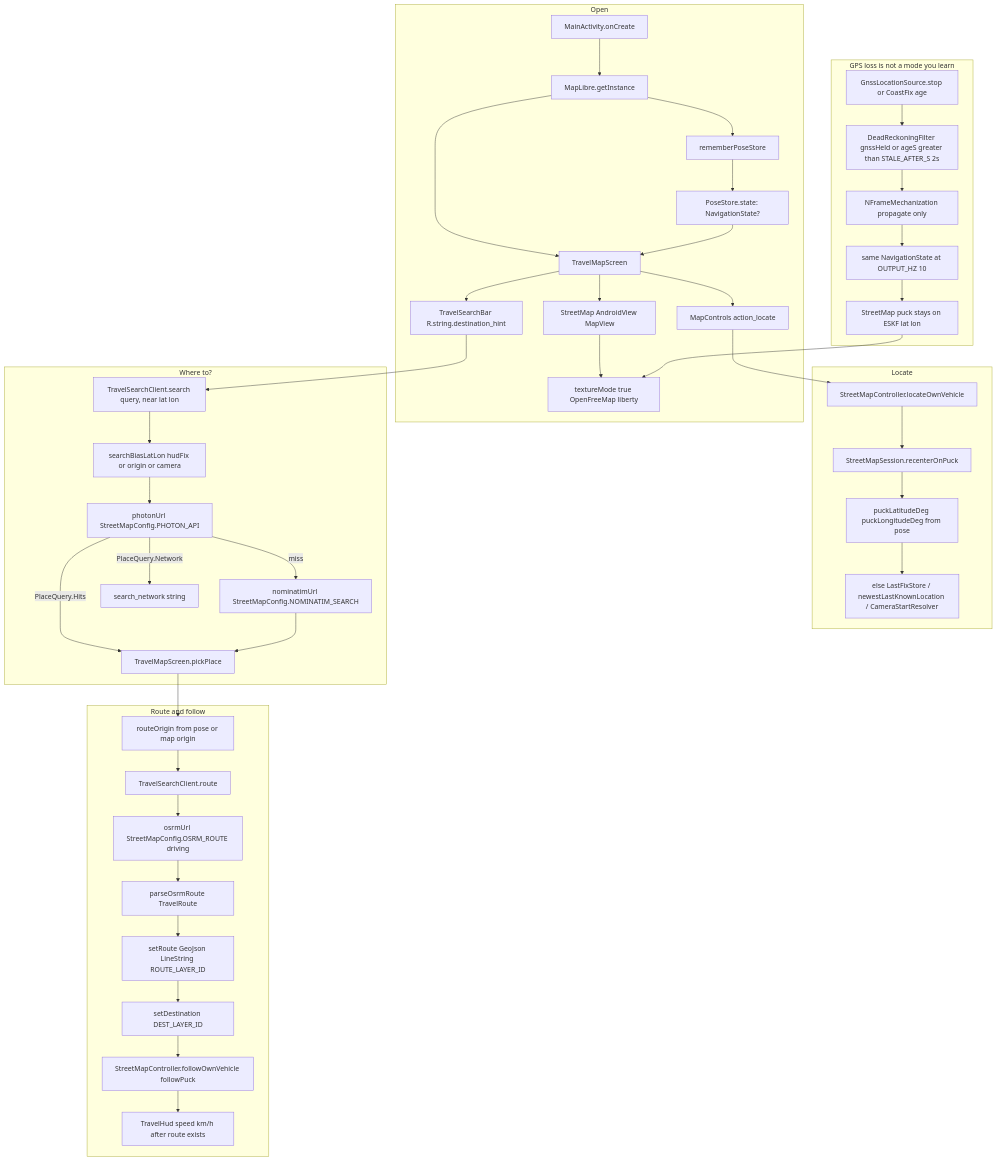
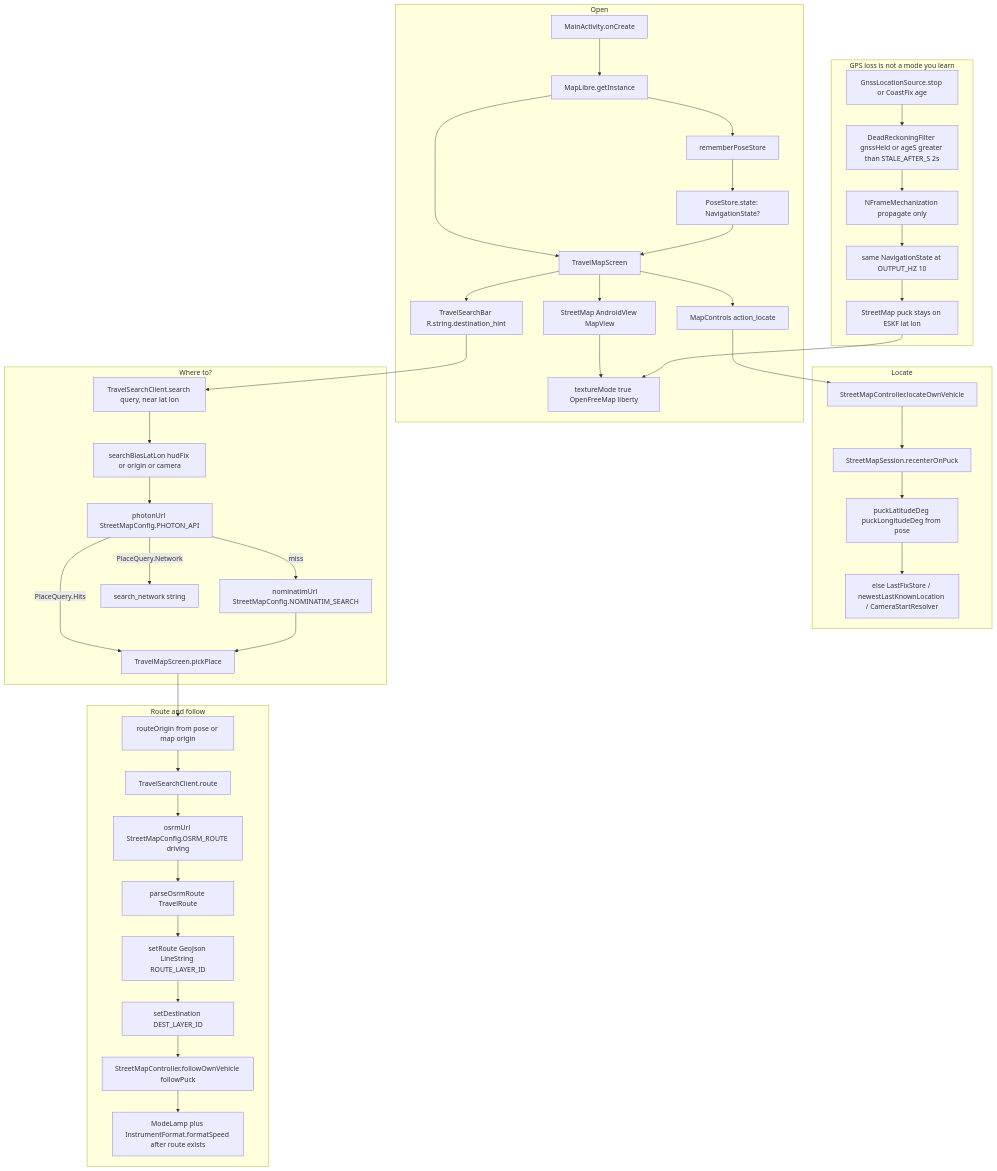
Before and after one commit to NotDrake100/driftzero: the first of 2 diagrams in README.md, drawn with Mermaid. The commit also changed other lines of this file and 134 other files, not shown here.

````diff
--- a/README.md
+++ b/README.md
@@ -15,50 +96,50 @@
 ```mermaid
 flowchart TD
     subgraph launch [Open]
         A["MainActivity.onCreate"] --> B["MapLibre.getInstance"]
         B --> C["rememberPoseStore"]
         B --> D["TravelMapScreen"]
         C --> E["PoseStore.state: NavigationState?"]
         E --> D
         D --> F["StreetMap AndroidView MapView"]
         F --> G["textureMode true OpenFreeMap liberty"]
         D --> H["TravelSearchBar R.string.destination_hint"]
         D --> I["MapControls action_locate"]
     end
 
     subgraph locate [Locate]
         I --> J["StreetMapController.locateOwnVehicle"]
         J --> K["StreetMapSession.recenterOnPuck"]
         K --> L["puckLatitudeDeg puckLongitudeDeg from pose"]
         L --> M["else LastFixStore / newestLastKnownLocation / CameraStartResolver"]
     end
 
     subgraph search [Where to?]
         H --> N["TravelSearchClient.search query, near lat lon"]
         N --> O["searchBiasLatLon hudFix or origin or camera"]
         O --> P["photonUrl StreetMapConfig.PHOTON_API"]
         P -->|PlaceQuery.Hits| Q["TravelMapScreen.pickPlace"]
         P -->|miss| R["nominatimUrl StreetMapConfig.NOMINATIM_SEARCH"]
         R --> Q
         P -->|PlaceQuery.Network| S["search_network string"]
     end
 
     subgraph route [Route and follow]
         Q --> T["routeOrigin from pose or map origin"]
         T --> U["TravelSearchClient.route"]
         U --> V["osrmUrl StreetMapConfig.OSRM_ROUTE driving"]
         V --> W["parseOsrmRoute TravelRoute"]
         W --> X["setRoute GeoJson LineString ROUTE_LAYER_ID"]
         X --> Y["setDestination DEST_LAYER_ID"]
         Y --> Z["StreetMapController.followOwnVehicle followPuck"]
-        Z --> AA["TravelHud speed km/h after route exists"]
+        Z --> AA["ModeLamp plus InstrumentFormat.formatSpeed after route exists"]
     end
 
     subgraph coast [GPS loss is not a mode you learn]
         AB["GnssLocationSource.stop or CoastFix age"] --> AC["DeadReckoningFilter gnssHeld or ageS greater than STALE_AFTER_S 2s"]
         AC --> AD["NFrameMechanization propagate only"]
         AD --> AE["same NavigationState at OUTPUT_HZ 10"]
         AE --> AF["StreetMap puck stays on ESKF lat lon"]
         AF --> G
     end
 ```
````
